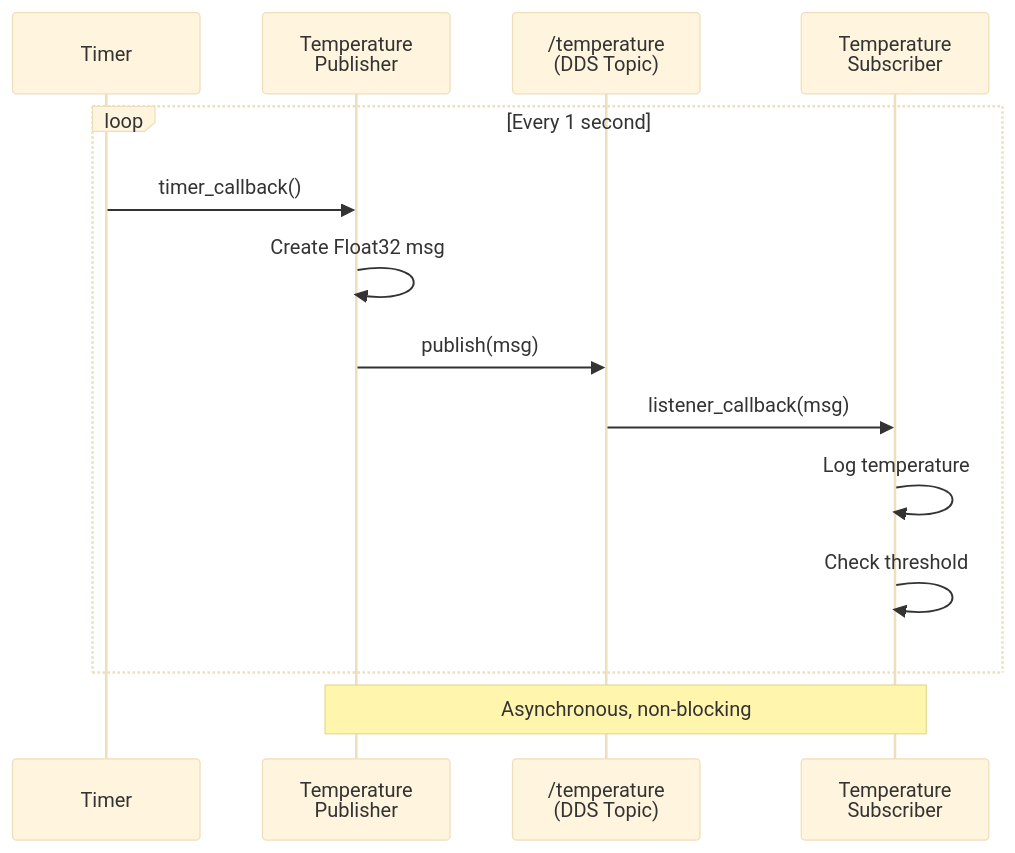
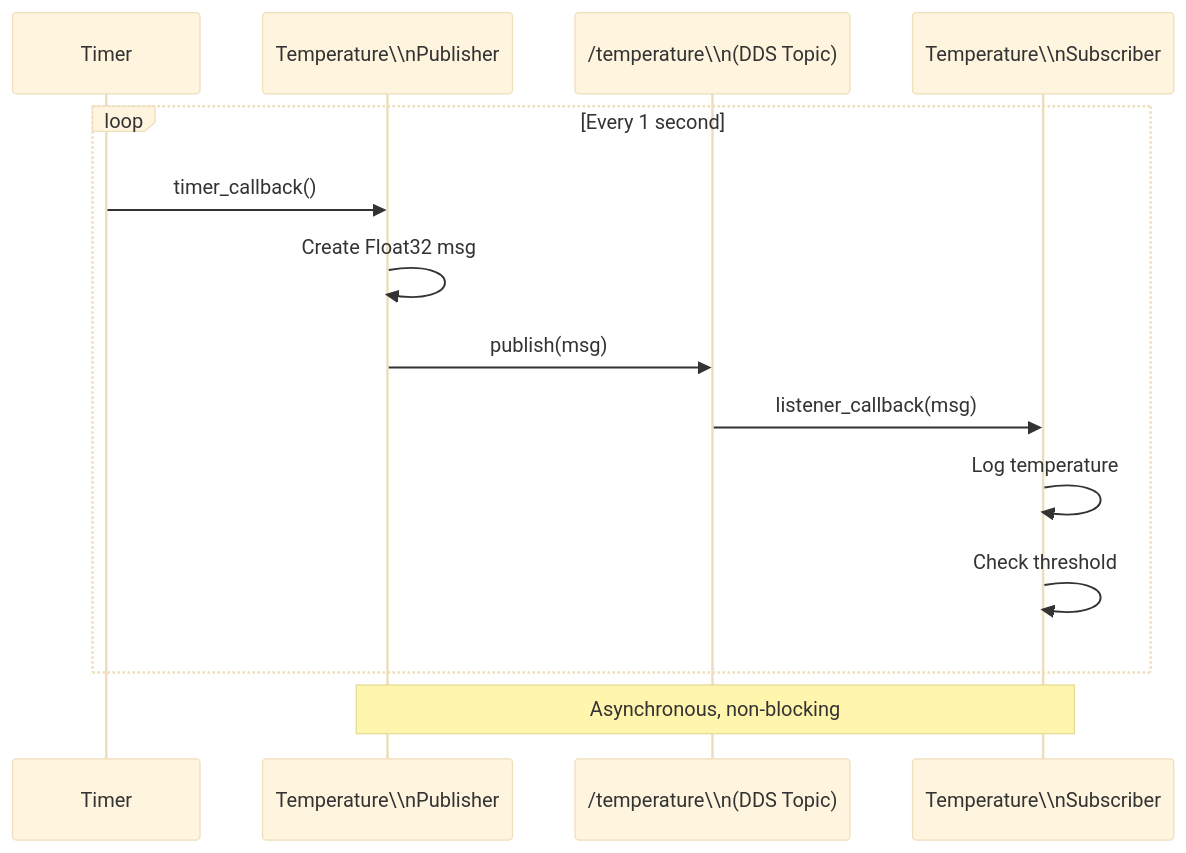
Before and after one commit to ABEERAHMED2024/-Textbook-for-Teaching-Physical-AI-Humanoid-Robotics-Course-: the second of 2 diagrams in docs/module-1-ros2/chapter-2-nodes-topics.mdx, drawn with Mermaid (base theme). The commit also changed other lines of this file and 192 other files, not shown here.

````diff
--- a/docs/module-1-ros2/chapter-2-nodes-topics.mdx
+++ b/docs/module-1-ros2/chapter-2-nodes-topics.mdx
@@ -235,18 +235,18 @@
 ```mermaid
 sequenceDiagram
     participant Timer
-    participant Publisher as Temperature<br/>Publisher
-    participant Topic as /temperature<br/>(DDS Topic)
-    participant Subscriber as Temperature<br/>Subscriber
+    participant Publisher as Temperature\\nPublisher
+    participant Topic as /temperature\\n(DDS Topic)
+    participant Subscriber as Temperature\\nSubscriber
 
     loop Every 1 second
         Timer->>Publisher: timer_callback()
         Publisher->>Publisher: Create Float32 msg
         Publisher->>Topic: publish(msg)
         Topic->>Subscriber: listener_callback(msg)
         Subscriber->>Subscriber: Log temperature
         Subscriber->>Subscriber: Check threshold
     end
 
     Note over Publisher,Subscriber: Asynchronous, non-blocking
 ```
````
